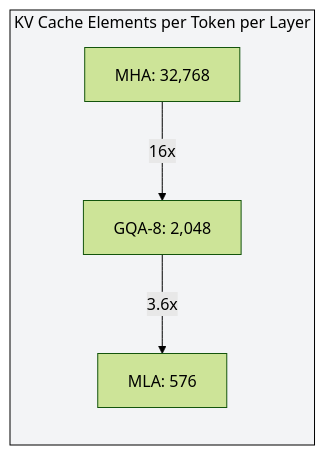
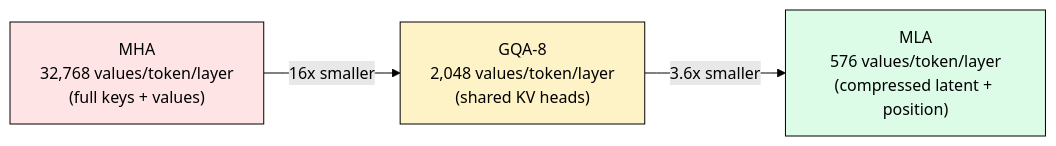
The third of 3 diagrams in content/03_attention_variants/03.4_mla/multi_latent_attention.md (harshuljain13/llm-inference-at-scale), drawn with Mermaid (forest theme) before and after one commit. The commit also changed other lines of this file and 22 other files, not shown here.

````diff
--- a/content/03_attention_variants/03.4_mla/multi_latent_attention.md
+++ b/content/03_attention_variants/03.4_mla/multi_latent_attention.md
@@ -96,10 +86,9 @@
 ```mermaid
 flowchart LR
-    subgraph Comparison["KV Cache Elements per Token per Layer"]
-        style Comparison fill:#f3f4f6,stroke:#000,color:#000
-        MHA["MHA: 32,768"]
-        GQA["GQA-8: 2,048"]
-        MLA["MLA: 576"]
-    end
-    MHA -->|"16x"| GQA -->|"3.6x"| MLA
+    MHA["MHA<br>32,768 values/token/layer<br>(full keys + values)"] -->|"16x smaller"| GQA["GQA-8<br>2,048 values/token/layer<br>(shared KV heads)"]
+    GQA -->|"3.6x smaller"| MLA["MLA<br>576 values/token/layer<br>(compressed latent + position)"]
+
+    style MHA fill:#ffe4e6,stroke:#000,color:#000
+    style GQA fill:#fef3c7,stroke:#000,color:#000
+    style MLA fill:#dcfce7,stroke:#000,color:#000
 ```
````
